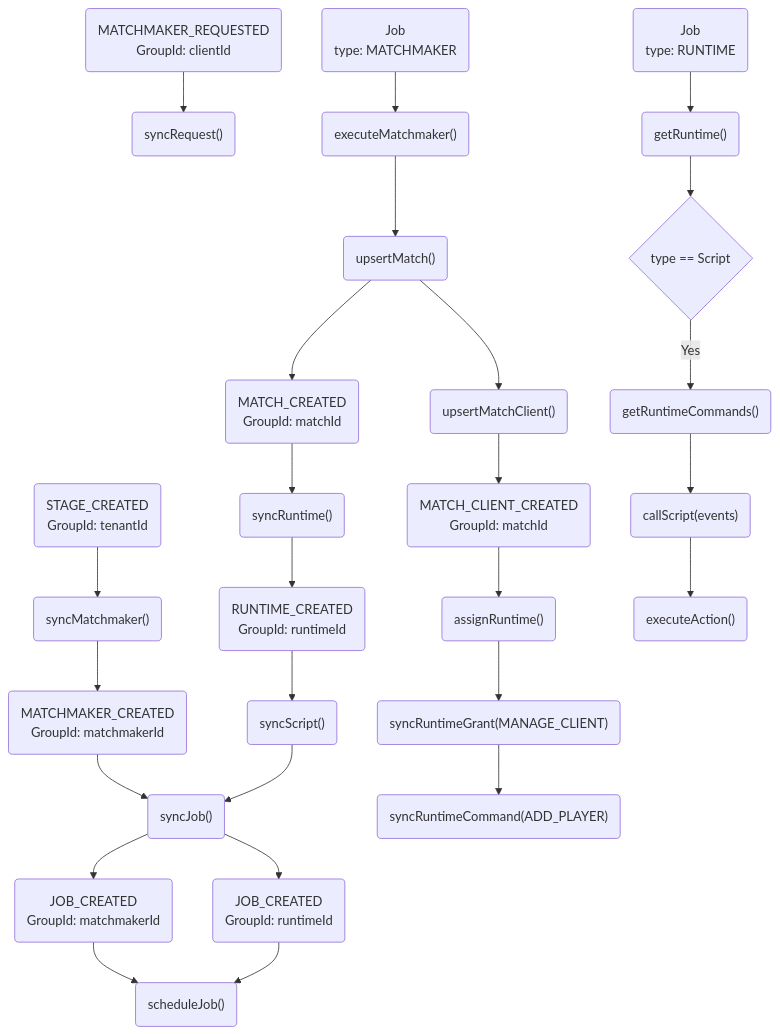
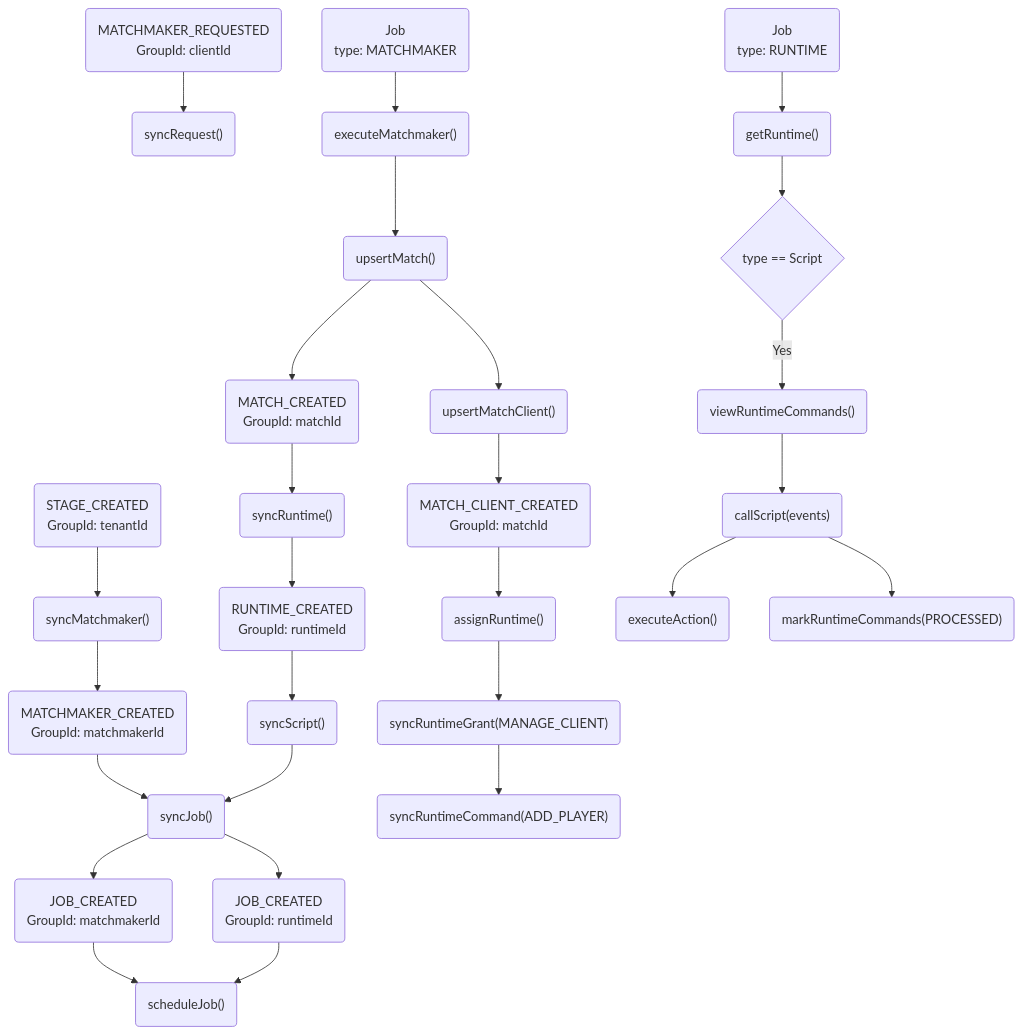
The diagram in omgservers-documentation/MatchmakingEventGraph.md (OMGSERVERS/omgservers), drawn with Mermaid before and after one commit. The commit also changed 34 other files, not shown here.

````diff
--- a/omgservers-documentation/MatchmakingEventGraph.md
+++ b/omgservers-documentation/MatchmakingEventGraph.md
@@ -3,35 +3,36 @@
 ```mermaid
 graph TD;
 
 StageCreated(STAGE_CREATED<br/>GroupId: tenantId) --> syncMatchmaker("syncMatchmaker()")
 syncMatchmaker("syncMatchmaker()") --> MatchmakerCreated(MATCHMAKER_CREATED<br/>GroupId: matchmakerId)
 MatchmakerCreated(MATCHMAKER_CREATED<br/>GroupId: matchmakerId) --> syncJob("syncJob()")
 syncJob("syncJob()") --> JobMatchmakerCreated(JOB_CREATED<br/>GroupId: matchmakerId)
 JobMatchmakerCreated(JOB_CREATED<br/>GroupId: matchmakerId) --> scheduleJob("scheduleJob()")
 
 MatchmakerRequested(MATCHMAKER_REQUESTED<br/>GroupId: clientId) --> syncRequest("syncRequest()")
 
 MatchmakerJob(Job<br/>type: MATCHMAKER) --> executeMatchmaker("executeMatchmaker()")
 executeMatchmaker("executeMatchmaker()") --> upsertMatch("upsertMatch()")
 
 upsertMatch("upsertMatch()") --> MatchCreated(MATCH_CREATED<br/>GroupId: matchId)
 MatchCreated(MATCH_CREATED<br/>GroupId: matchId) --> syncRuntime("syncRuntime()")
 syncRuntime("syncRuntime()") --> RuntimeCreated(RUNTIME_CREATED<br/>GroupId: runtimeId)
 RuntimeCreated(RUNTIME_CREATED<br/>GroupId: runtimeId) --> syncScript("syncScript()")
 syncJob("syncJob()") --> JobRuntimeCreated(JOB_CREATED<br/>GroupId: runtimeId)
 JobRuntimeCreated(JOB_CREATED<br/>GroupId: runtimeId) --> scheduleJob("scheduleJob()")
 syncScript("syncScript()") --> syncJob("syncJob()")
 
 upsertMatch("upsertMatch()") --> upsertMatchClient("upsertMatchClient()") 
 upsertMatchClient("upsertMatchClient()") --> MatchClientCreated(MATCH_CLIENT_CREATED<br/>GroupId: matchId)
 MatchClientCreated(MATCH_CLIENT_CREATED<br/>GroupId: matchId) --> assignRuntime("assignRuntime()")
 assignRuntime("assignRuntime()") --> syncRuntimeGrant("syncRuntimeGrant(MANAGE_CLIENT)")
 syncRuntimeGrant("syncRuntimeGrant(MANAGE_CLIENT)") --> syncRuntimeCommand("syncRuntimeCommand(ADD_PLAYER)")
 
 RuntimeJob(Job<br/>type: RUNTIME) --> getRuntime("getRuntime()")
 getRuntime("getRuntime()") --> checkRuntimeType{"type == Script"}
-checkRuntimeType{"type == Script"} -- Yes --> getRuntimeCommands("getRuntimeCommands()")
-getRuntimeCommands("getRuntimeCommands()") --> callScript("callScript(events)")
+checkRuntimeType{"type == Script"} -- Yes --> viewRuntimeCommands("viewRuntimeCommands()")
+viewRuntimeCommands("viewRuntimeCommands()") --> callScript("callScript(events)")
 callScript("callScript(events)") --> executeAction("executeAction()")
+callScript("callScript(events)") --> markRuntimeCommands("markRuntimeCommands(PROCESSED)")
 
 ```
````
